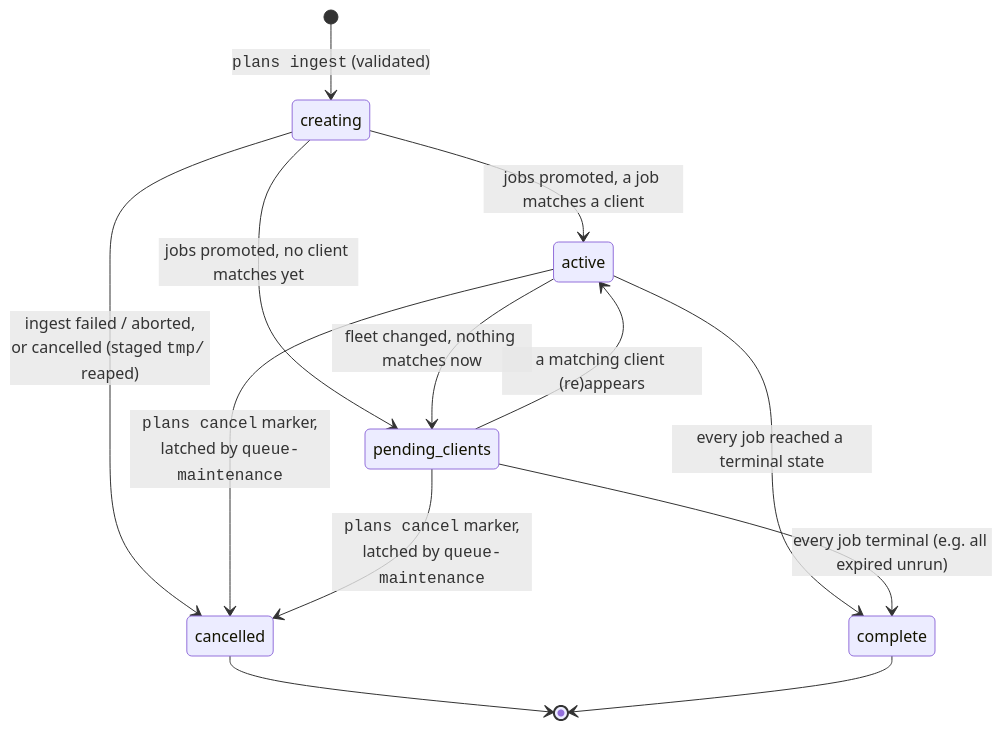
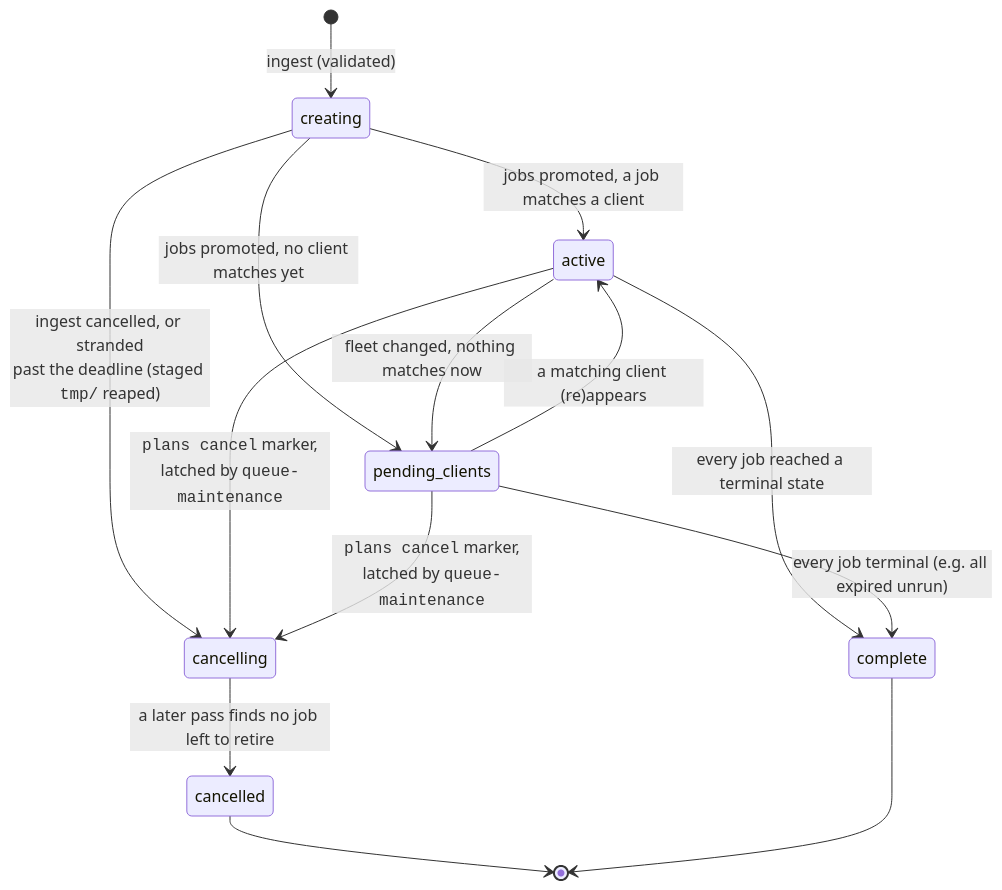
Before and after one commit to Liquid4All/pipette-mgmt: the second of 2 diagrams in docs/plan-ingestion.md, drawn with Mermaid. The commit also changed other lines of this file and 1070 other files, not shown here.

````diff
--- a/docs/plan-ingestion.md
+++ b/docs/plan-ingestion.md
@@ -463,15 +1082,16 @@
 ```mermaid
 stateDiagram-v2
-    [*] --> creating: <code>plans ingest</code> (validated)
+    [*] --> creating: ingest (validated)
     creating --> active: jobs promoted, a job matches a client
     creating --> pending_clients: jobs promoted, no client matches yet
     active --> pending_clients: fleet changed, nothing matches now
     pending_clients --> active: a matching client (re)appears
-    creating --> cancelled: ingest failed / aborted,</br>or cancelled (staged <code>tmp/</code> reaped)
+    creating --> cancelling: ingest cancelled, or stranded</br>past the deadline (staged <code>tmp/</code> reaped)
     active --> complete: every job reached a terminal state
     pending_clients --> complete: every job terminal (e.g. all expired unrun)
-    active --> cancelled: <code>plans cancel</code> marker,</br>latched by <code>queue-maintenance</code>
-    pending_clients --> cancelled: <code>plans cancel</code> marker,</br>latched by <code>queue-maintenance</code>
+    active --> cancelling: <code>plans cancel</code> marker,</br>latched by <code>queue-maintenance</code>
+    pending_clients --> cancelling: <code>plans cancel</code> marker,</br>latched by <code>queue-maintenance</code>
+    cancelling --> cancelled: a later pass finds no job left to retire
     cancelled --> [*]
     complete --> [*]
 ```
````
